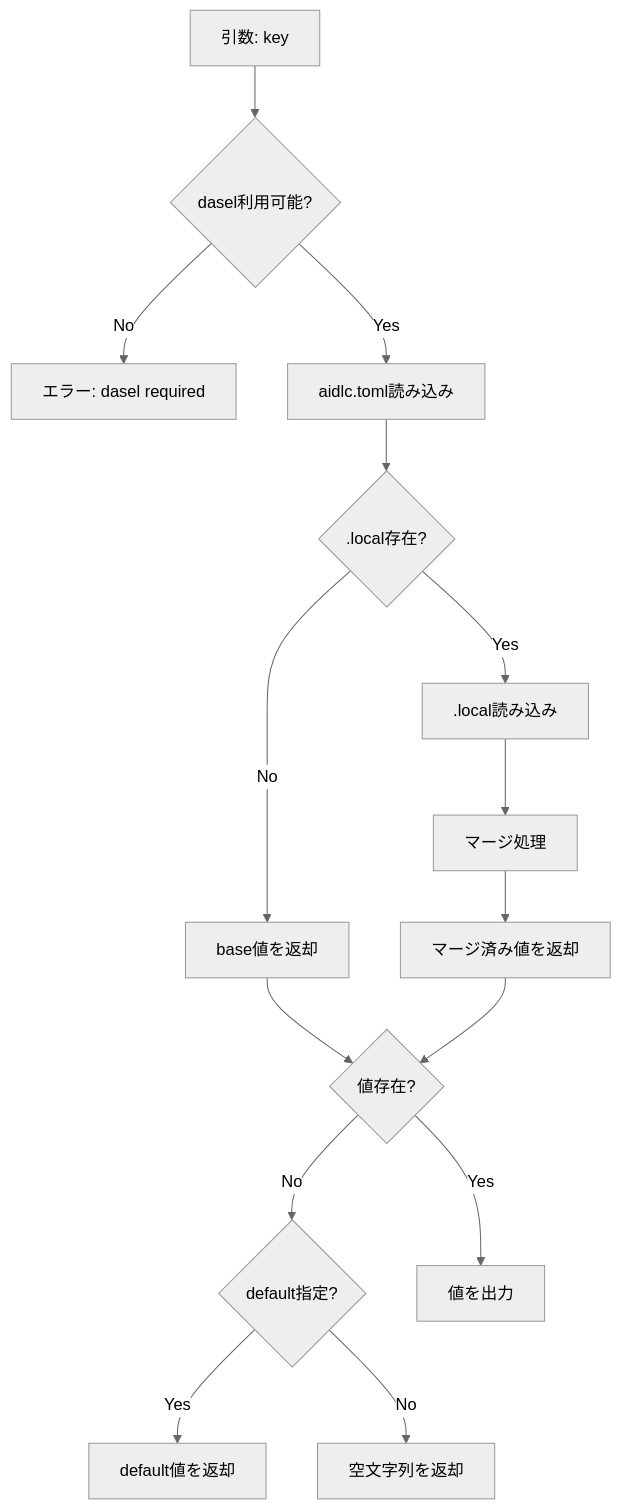
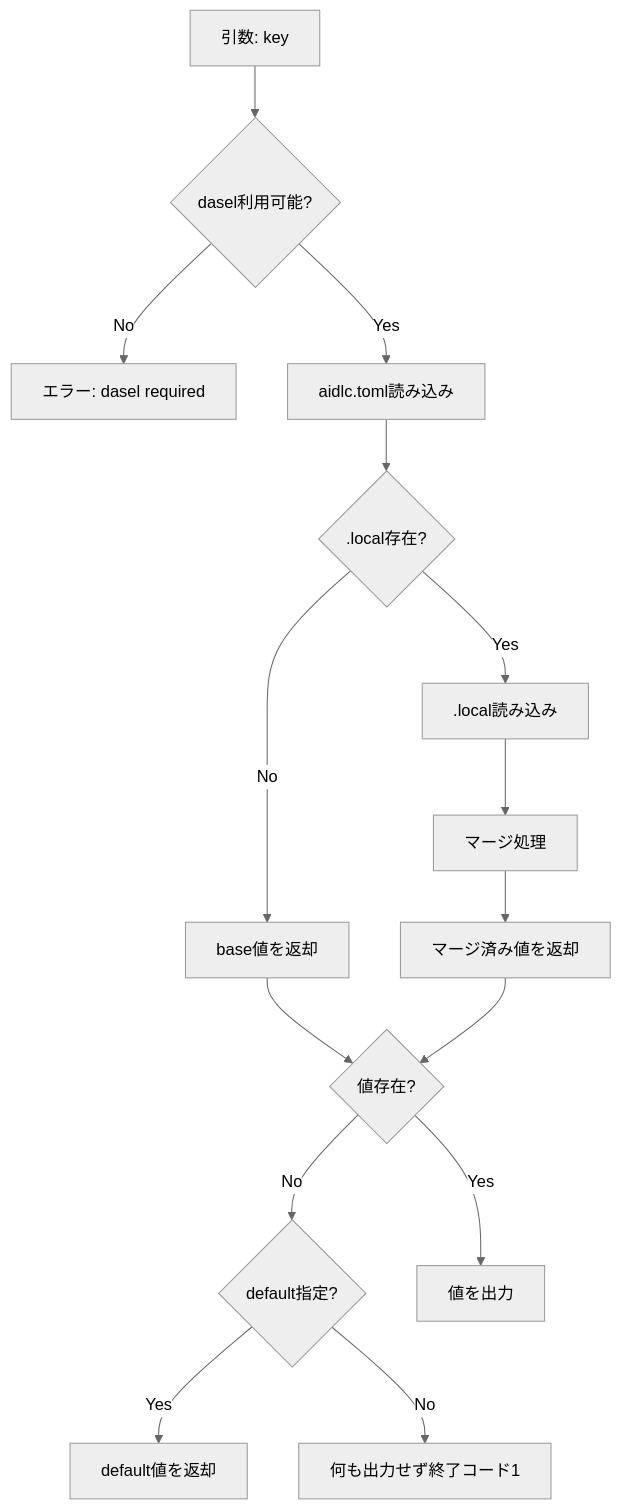
One commit to ikeisuke/ai-dlc-starter-kit changed the diagram in docs/cycles/v1.12.0/design-artifacts/logical-designs/project-local-config_logical_design.md. Above: the diagram before and after it, drawn with Mermaid (neutral theme). The commit also changed other lines of this file and 9 other files, not shown here.

````diff
--- a/docs/cycles/v1.12.0/design-artifacts/logical-designs/project-local-config_logical_design.md
+++ b/docs/cycles/v1.12.0/design-artifacts/logical-designs/project-local-config_logical_design.md
@@ -85,17 +101,17 @@
 ```mermaid
 flowchart TD
     A[引数: key] --> B{dasel利用可能?}
     B -->|No| C[エラー: dasel required]
     B -->|Yes| D[aidlc.toml読み込み]
     D --> E{.local存在?}
     E -->|No| F[base値を返却]
     E -->|Yes| G[.local読み込み]
     G --> H[マージ処理]
     H --> I[マージ済み値を返却]
     F --> J{値存在?}
     I --> J
     J -->|No| K{default指定?}
     K -->|Yes| L[default値を返却]
-    K -->|No| M[空文字列を返却]
+    K -->|No| M[何も出力せず終了コード1]
     J -->|Yes| N[値を出力]
 ```
````
